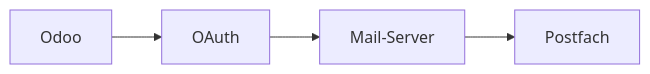
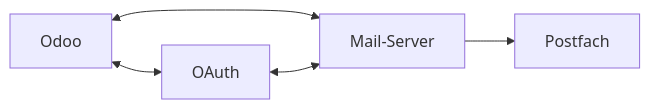
One commit to Mint-System/Website changed the third of 7 diagrams in content/de/blog/posts/e-mails-mit-odoo-versenden-und-empfangen.md. Above: the diagram before and after it, drawn with Mermaid. The commit also changed other lines of this file, not shown here.

````diff
--- a/content/de/blog/posts/e-mails-mit-odoo-versenden-und-empfangen.md
+++ b/content/de/blog/posts/e-mails-mit-odoo-versenden-und-empfangen.md
@@ -45,6 +45,7 @@
 ```mermaid
 graph LR
-    A[Odoo] --> B[OAuth] 
-    B --> C[Mail-Server]
+    A[Odoo] <--> B[OAuth] 
+    A <--> C[Mail-Server]
+    B <--> C
     C --> D[Postfach]
 ```
````
